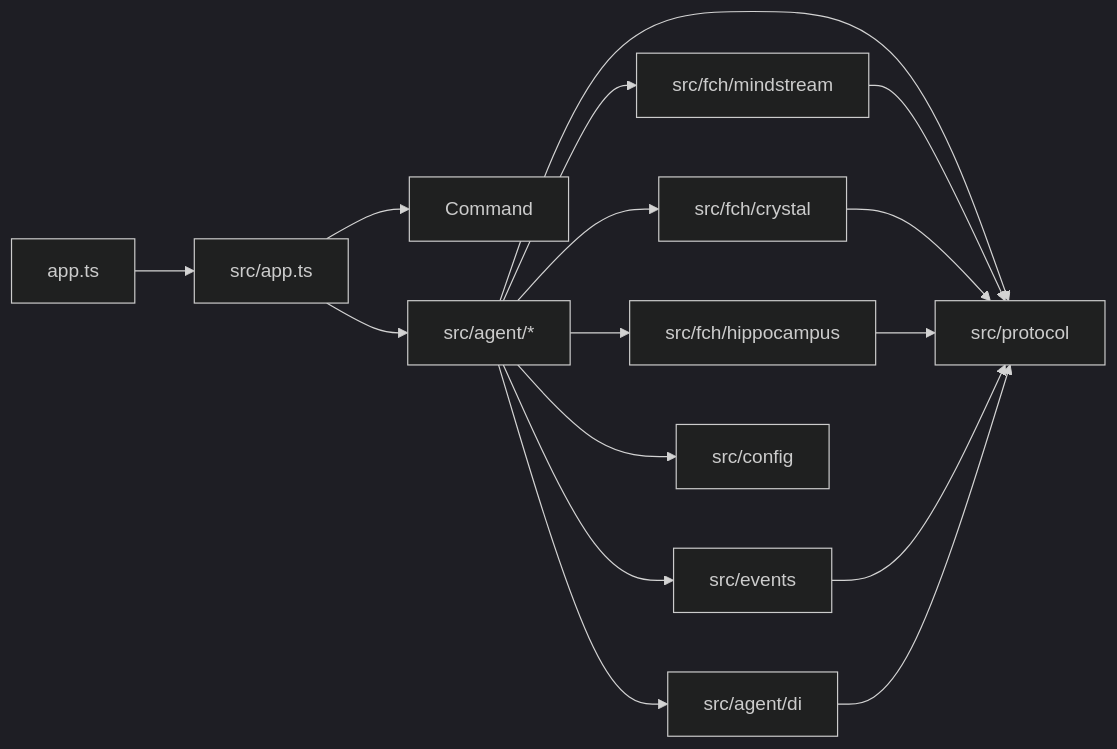
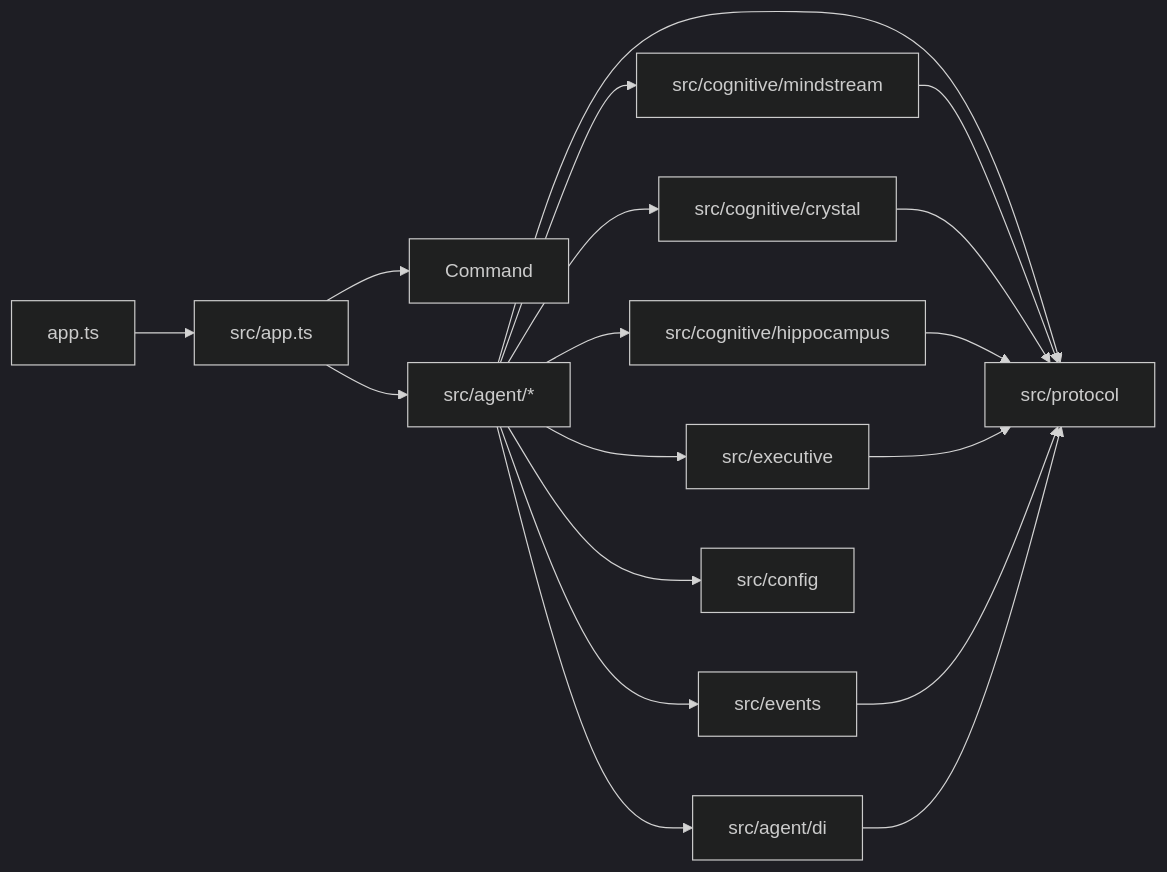
One commit to flyflor/flyflor changed the diagram in docs/boundaries.md. Above: the diagram before and after it, drawn with Mermaid (dark theme). The commit also changed other lines of this file and 47 other files, not shown here.

````diff
--- a/docs/boundaries.md
+++ b/docs/boundaries.md
@@ -59,18 +60,20 @@
 ```mermaid
 flowchart LR
     Entry[app.ts] --> Root[src/app.ts]
     Root --> Command
     Root --> Agent[src/agent/*]
-    Agent --> Llm[src/fch/mindstream]
-    Agent --> Crystal[src/fch/crystal]
-    Agent --> Neural[src/fch/hippocampus]
+    Agent --> Mindstream[src/cognitive/mindstream]
+    Agent --> Crystal[src/cognitive/crystal]
+    Agent --> Hippocampus[src/cognitive/hippocampus]
+    Agent --> Executive[src/executive]
     Agent --> Protocol[src/protocol]
     Agent --> DI[src/agent/di]
     Agent --> Config[src/config]
     Agent --> Events[src/events]
-    Llm --> Protocol
+    Mindstream --> Protocol
     Crystal --> Protocol
-    Neural --> Protocol
+    Hippocampus --> Protocol
+    Executive --> Protocol
     Events --> Protocol
     DI --> Protocol
 ```
````
